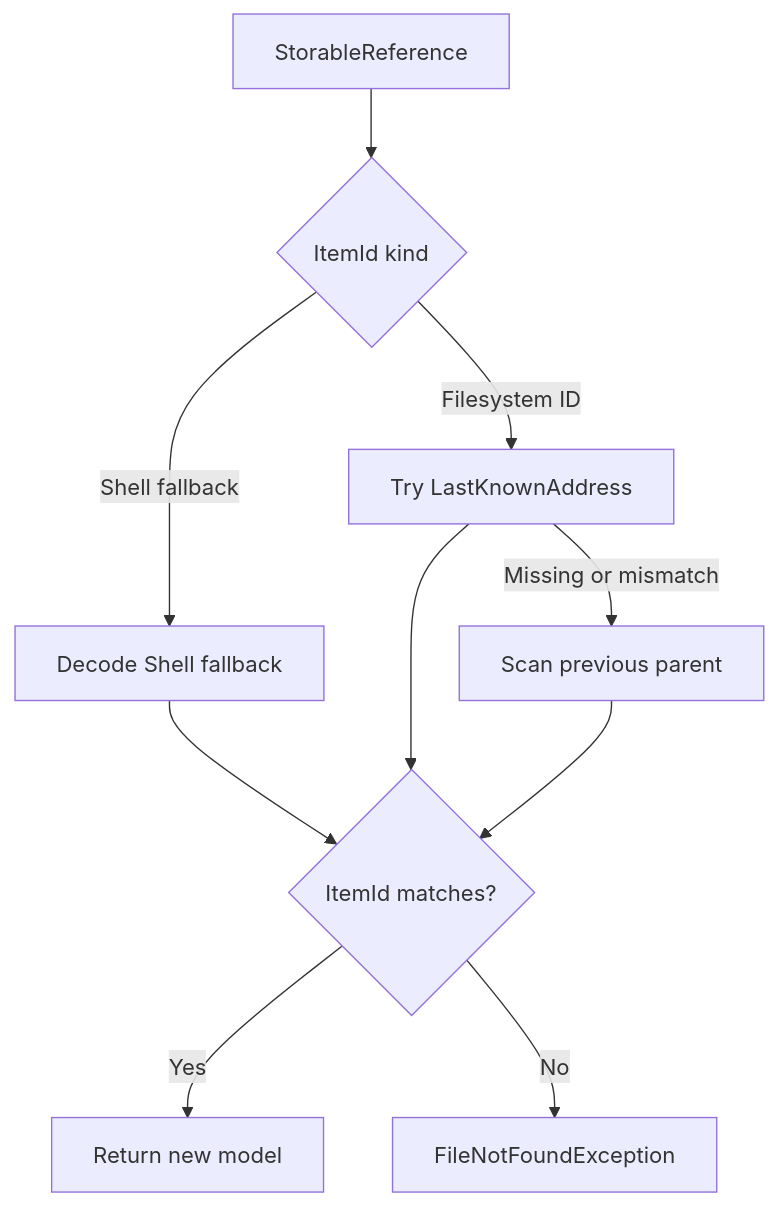
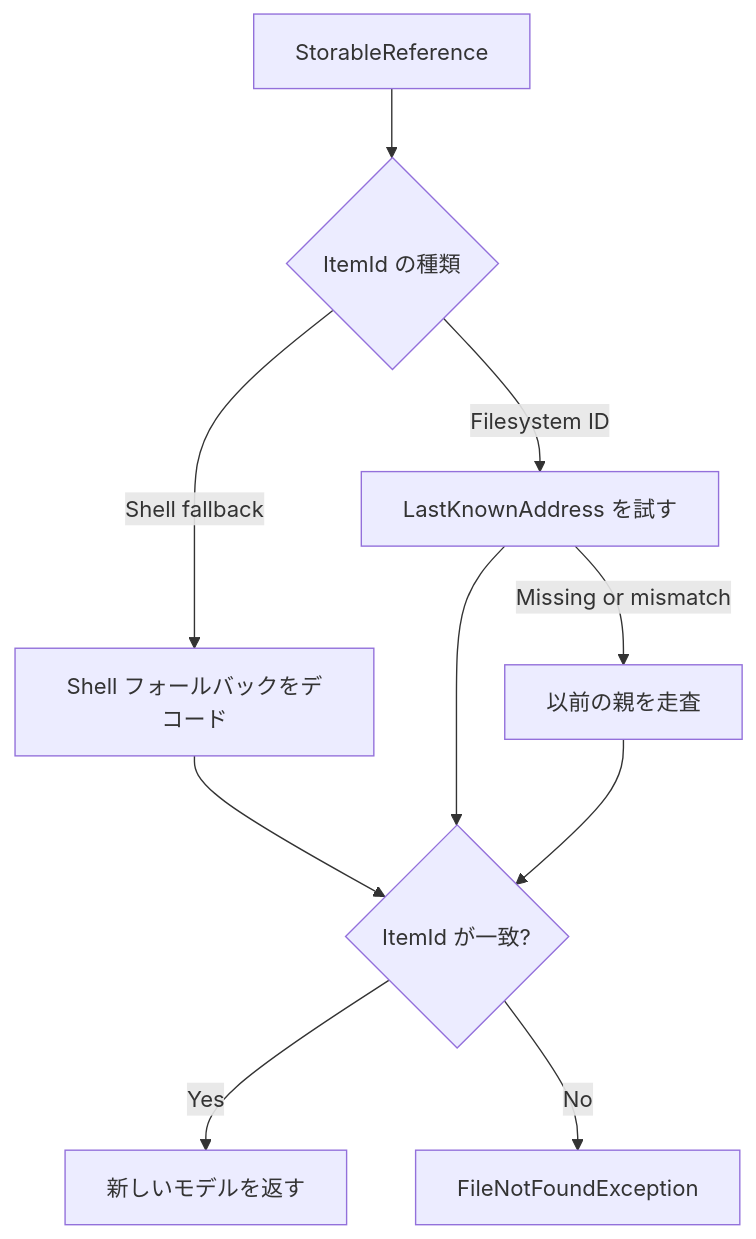
The second of 8 diagrams in docs/architecture/windows-storage.md (0x5bfa/Files), drawn with Mermaid before and after one commit. The commit also changed other lines of this file and 18 other files, not shown here.

Commit message:
Translate architecture docs to Japanese

````diff
--- a/docs/architecture/windows-storage.md
+++ b/docs/architecture/windows-storage.md
@@ -87,21 +86,21 @@
 ```mermaid
 flowchart TD
     Reference["StorableReference"]
-    Kind{"ItemId kind"}
-    Shell["Decode Shell fallback"]
-    Address["Try LastKnownAddress"]
-    Scan["Scan previous parent"]
-    Match{"ItemId matches?"}
-    Model["Return new model"]
+    Kind{"ItemId の種類"}
+    Shell["Shell フォールバックをデコード"]
+    Address["LastKnownAddress を試す"]
+    Scan["以前の親を走査"]
+    Match{"ItemId が一致?"}
+    Model["新しいモデルを返す"]
     Missing["FileNotFoundException"]
 
     Reference --> Kind
     Kind -->|Shell fallback| Shell
     Kind -->|Filesystem ID| Address
     Shell --> Match
     Address --> Match
     Address -->|Missing or mismatch| Scan
     Scan --> Match
     Match -->|Yes| Model
     Match -->|No| Missing
 ```
````
